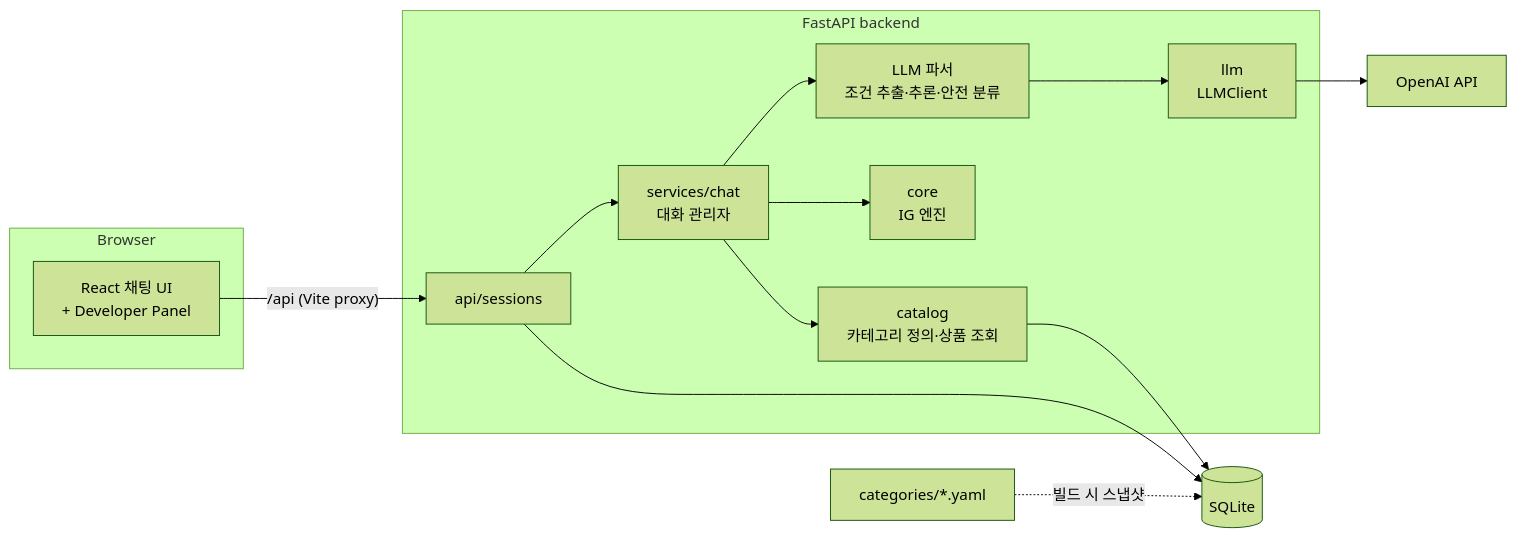
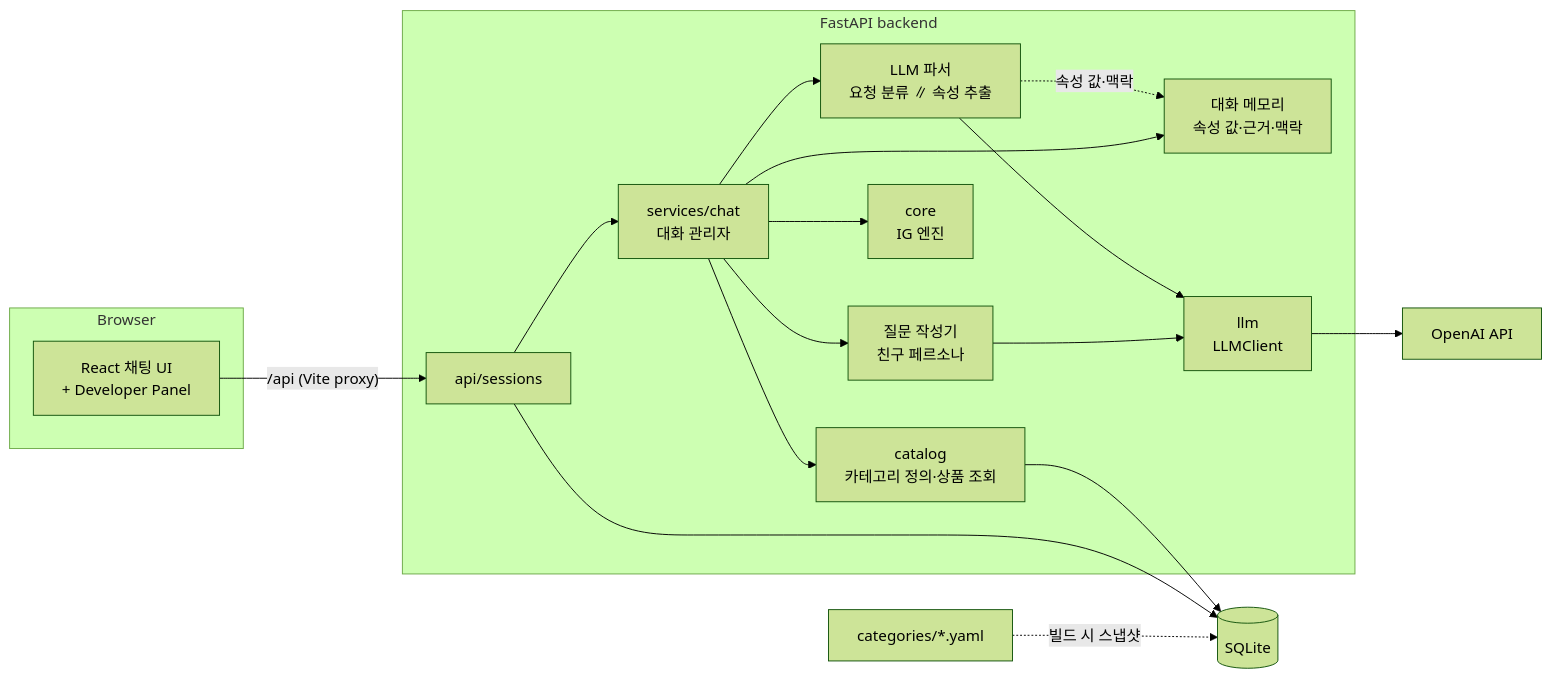
One commit to qazcdesnu/llm-hw2-demo changed the first of 4 diagrams in docs/architecture.md. Above: the diagram before and after it, drawn with Mermaid (forest theme). The commit also changed other lines of this file and 53 other files, not shown here.

First line of the commit message:
feat: 대화 메모리·친구 페르소나 질문, 대화 구조 재정비, 평가 기능

````diff
--- a/docs/architecture.md
+++ b/docs/architecture.md
@@ -13,26 +13,31 @@
 ```mermaid
 flowchart LR
     subgraph Browser
         UI[React 채팅 UI<br/>+ Developer Panel]
     end
     subgraph Backend[FastAPI backend]
         API[api/sessions]
         CHAT[services/chat<br/>대화 관리자]
-        PARSER[LLM 파서<br/>조건 추출·추론·안전 분류]
+        PARSER[LLM 파서<br/>요청 분류 ∥ 속성 추출]
+        MEMORY[대화 메모리<br/>속성 값·근거·맥락]
+        WRITER[질문 작성기<br/>친구 페르소나]
         CORE[core<br/>IG 엔진]
         CATALOG[catalog<br/>카테고리 정의·상품 조회]
         LLM[llm<br/>LLMClient]
     end
     DB[(SQLite)]
     OPENAI[OpenAI API]
     YAML[categories/*.yaml]
 
     UI -- "/api (Vite proxy)" --> API
     API --> CHAT
     CHAT --> PARSER --> LLM --> OPENAI
+    PARSER -. 속성 값·맥락 .-> MEMORY
+    CHAT --> MEMORY
+    CHAT --> WRITER --> LLM
     CHAT --> CORE
     CHAT --> CATALOG
     CATALOG --> DB
     API --> DB
     YAML -. 빌드 시 스냅샷 .-> DB
 ```
````
